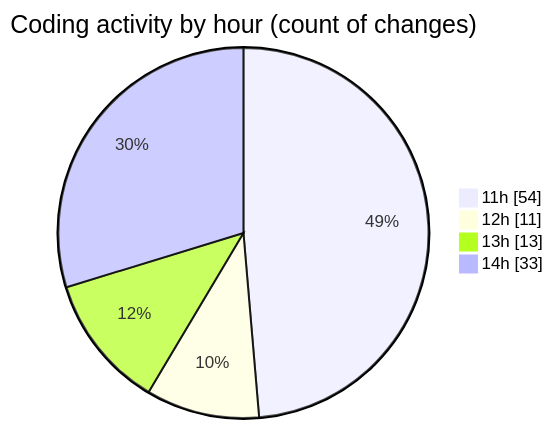
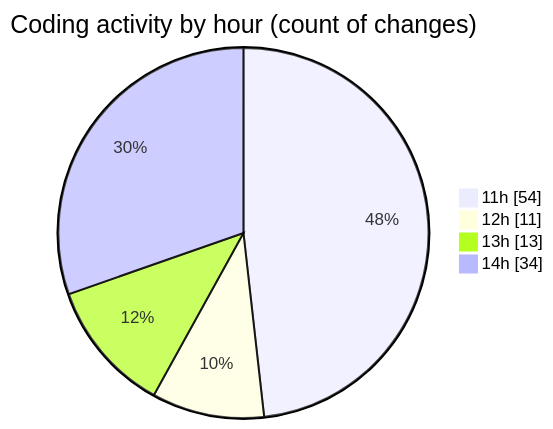
One commit to robertbonfada/code-tracking changed the second of 2 diagrams in 2025-03-17/audiobooks-web/README.md. Above: the diagram before and after it, drawn with Mermaid. The commit also changed other lines of this file and 1 other file, not shown here.

````diff
--- a/2025-03-17/audiobooks-web/README.md
+++ b/2025-03-17/audiobooks-web/README.md
@@ -42,8 +42,8 @@
 ```mermaid
 pie showData
 title Coding activity by hour (count of changes)
 "11h" : 54
 "12h" : 11
 "13h" : 13
-"14h" : 33
+"14h" : 34
 ```
````
